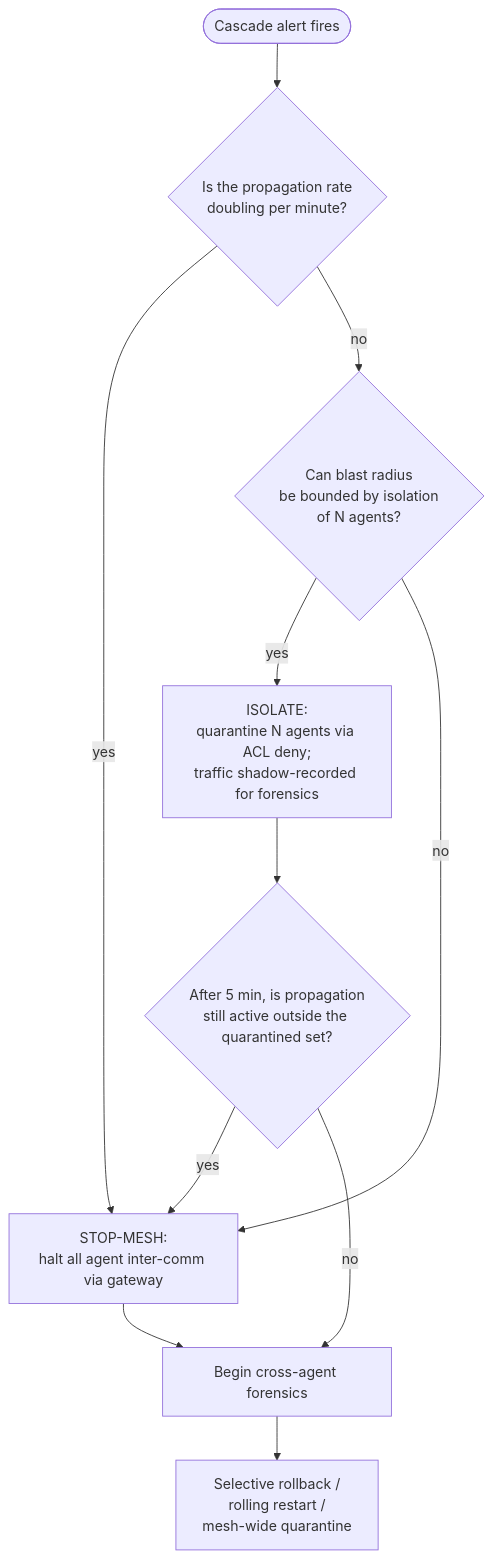
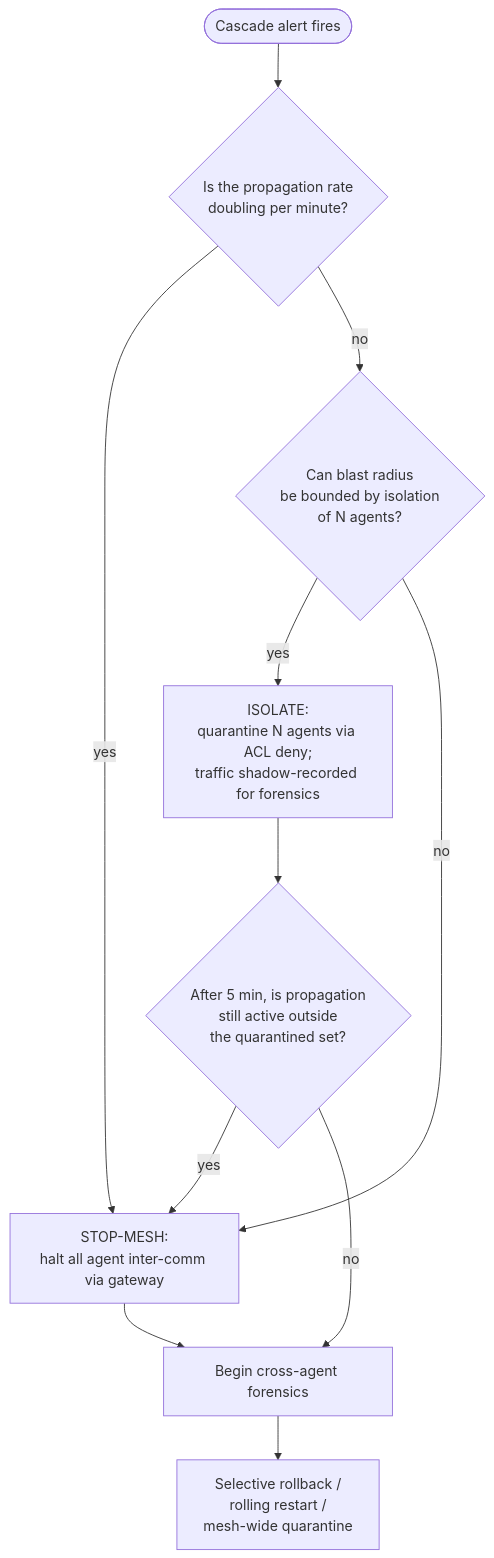
The diagram in wiki/practices/multi-agent-runtime-security.md (ag0x00/ai-era-wiki), drawn with Mermaid before and after one commit. The commit also changed 8 other files, not shown here.

````diff
--- a/wiki/practices/multi-agent-runtime-security.md
+++ b/wiki/practices/multi-agent-runtime-security.md
@@ -163,13 +163,13 @@
 ```mermaid
 flowchart TD
   Start([Cascade alert fires]) --> Q1{Is the propagation rate<br/>doubling per minute?}
   Q1 -- yes --> Stop[STOP-MESH:<br/>halt all agent inter-comm via gateway]
   Q1 -- no --> Q2{Can blast radius<br/>be bounded by isolation<br/>of N agents?}
   Q2 -- yes --> Iso[ISOLATE:<br/>quarantine N agents via ACL deny;<br/>traffic shadow-recorded for forensics]
   Q2 -- no --> Stop
-  Iso --> Q3{After 5 min, is propagation<br/>still active outside the quarantined set?}
+  Iso --> Q3{After 5 min, is propagation<br/>still active outside<br/>the quarantined set?}
   Q3 -- yes --> Stop
   Q3 -- no --> Forensics[Begin cross-agent forensics]
   Stop --> Forensics
   Forensics --> Recovery[Selective rollback /<br/>rolling restart /<br/>mesh-wide quarantine]
 ```
````
